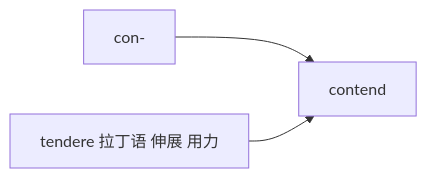
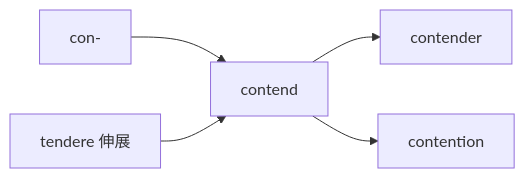
One commit to seki999/DialogueFlow changed the fourth of 5 diagrams in slides_backup/托业单词/20260630/09.md. Above: the diagram before and after it, drawn with Mermaid. The commit also changed other lines of this file and 28 other files, not shown here.

````diff
--- a/slides_backup/托业单词/20260630/09.md
+++ b/slides_backup/托业单词/20260630/09.md
@@ -120,5 +153,7 @@
 ```mermaid
 flowchart LR
     A[con-] --> D[contend]
-    B[tendere 拉丁语 伸展 用力] --> D
+    B[tendere 伸展] --> D
+    D --> E[contender]
+    D --> F[contention]
 ```
````
